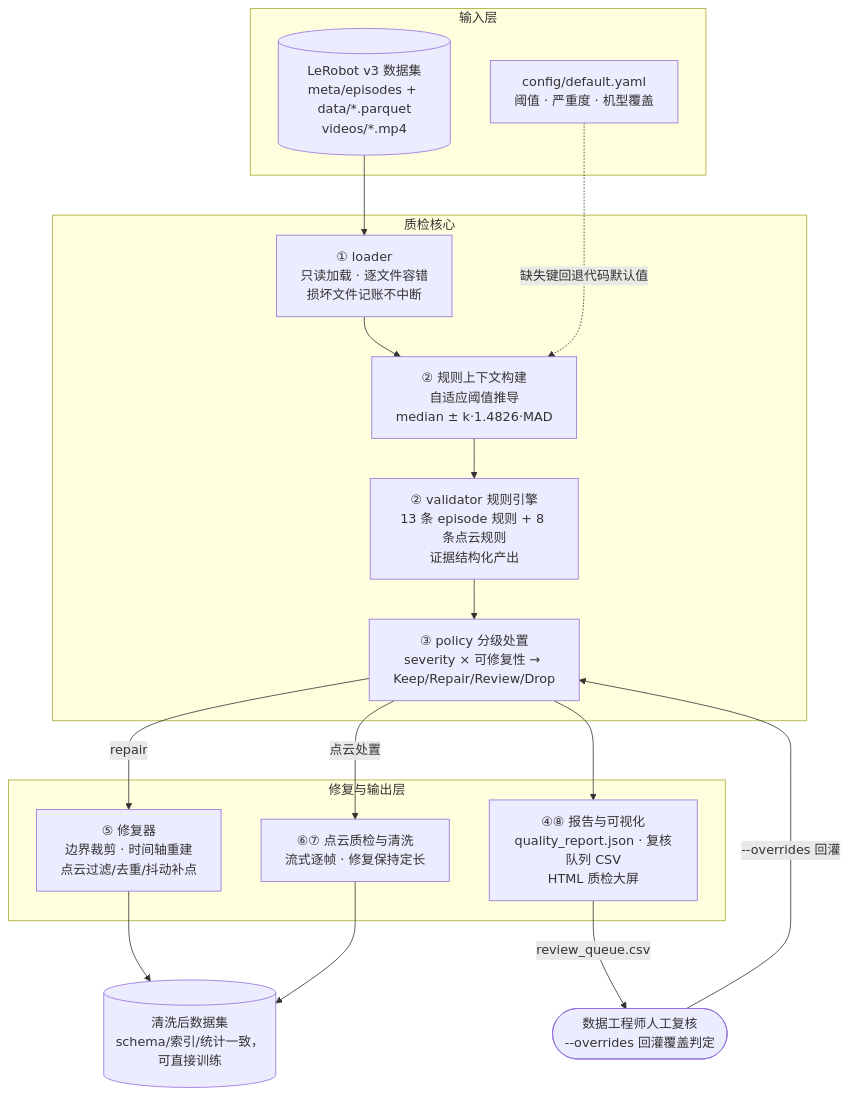
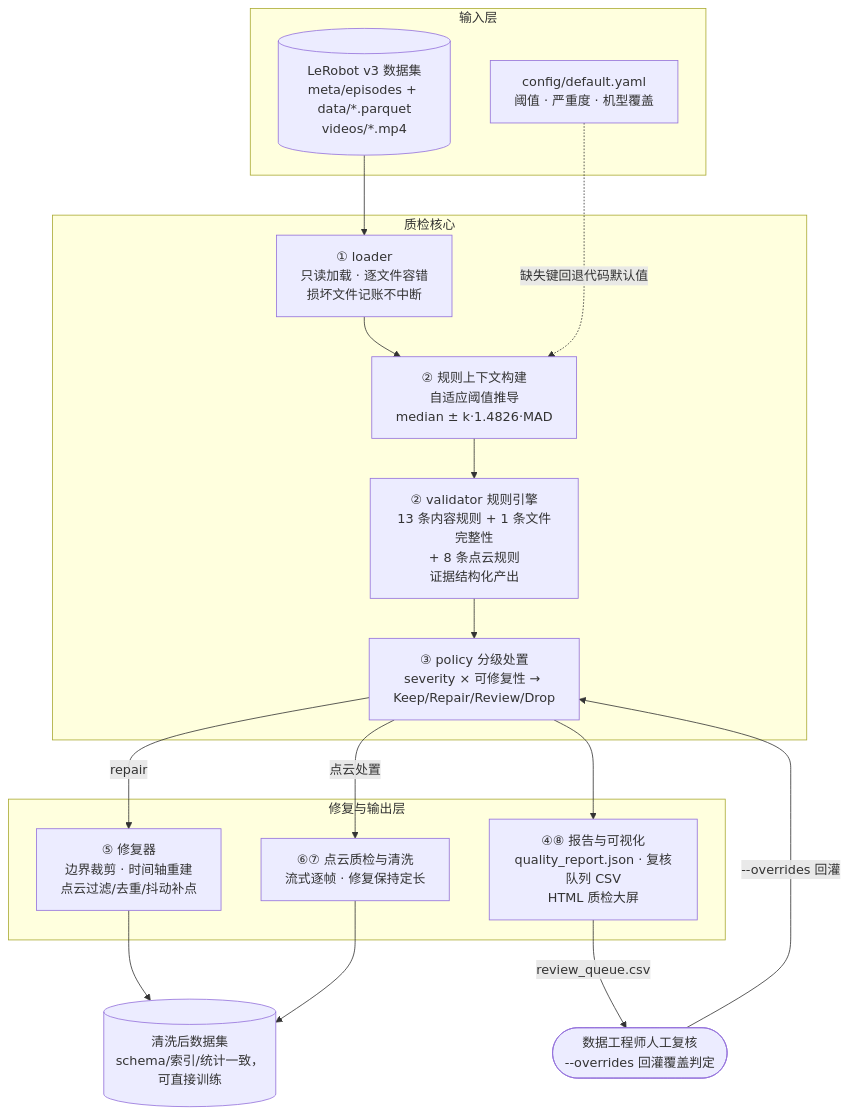
The first of 2 diagrams in ARCHITECTURE.md (15389065619/lerobot-data-quality), drawn with Mermaid before and after one commit. The commit also changed 30 other files, not shown here.

````diff
--- a/ARCHITECTURE.md
+++ b/ARCHITECTURE.md
@@ -44,31 +44,31 @@
 ```mermaid
 flowchart TD
     subgraph IN[输入层]
         DS[("LeRobot v3 数据集<br/>meta/episodes + data/*.parquet<br/>videos/*.mp4")]
         CFG["config/default.yaml<br/>阈值 · 严重度 · 机型覆盖"]
     end
 
     subgraph CORE[质检核心]
         L["① loader<br/>只读加载 · 逐文件容错<br/>损坏文件记账不中断"]
         CTX["② 规则上下文构建<br/>自适应阈值推导<br/>median ± k·1.4826·MAD"]
-        V["② validator 规则引擎<br/>13 条 episode 规则 + 8 条点云规则<br/>证据结构化产出"]
+        V["② validator 规则引擎<br/>13 条内容规则 + 1 条文件完整性<br/>+ 8 条点云规则<br/>证据结构化产出"]
         P["③ policy 分级处置<br/>severity × 可修复性 → Keep/Repair/Review/Drop"]
     end
 
     subgraph ACT[修复与输出层]
         FIX["⑤ 修复器<br/>边界裁剪 · 时间轴重建<br/>点云过滤/去重/抖动补点"]
         PCR["⑥⑦ 点云质检与清洗<br/>流式逐帧 · 修复保持定长"]
         RPT["④⑧ 报告与可视化<br/>quality_report.json · 复核队列 CSV<br/>HTML 质检大屏"]
     end
 
     HUMAN(["数据工程师人工复核<br/>--overrides 回灌覆盖判定"])
     OUT[("清洗后数据集<br/>schema/索引/统计一致，可直接训练")]
 
     DS --> L --> CTX --> V --> P
     CFG -.->|缺失键回退代码默认值| CTX
     P -->|repair| FIX --> OUT
     P -->|点云处置| PCR --> OUT
     P --> RPT
     RPT -->|review_queue.csv| HUMAN
     HUMAN -->|--overrides 回灌| P
 ```
````
